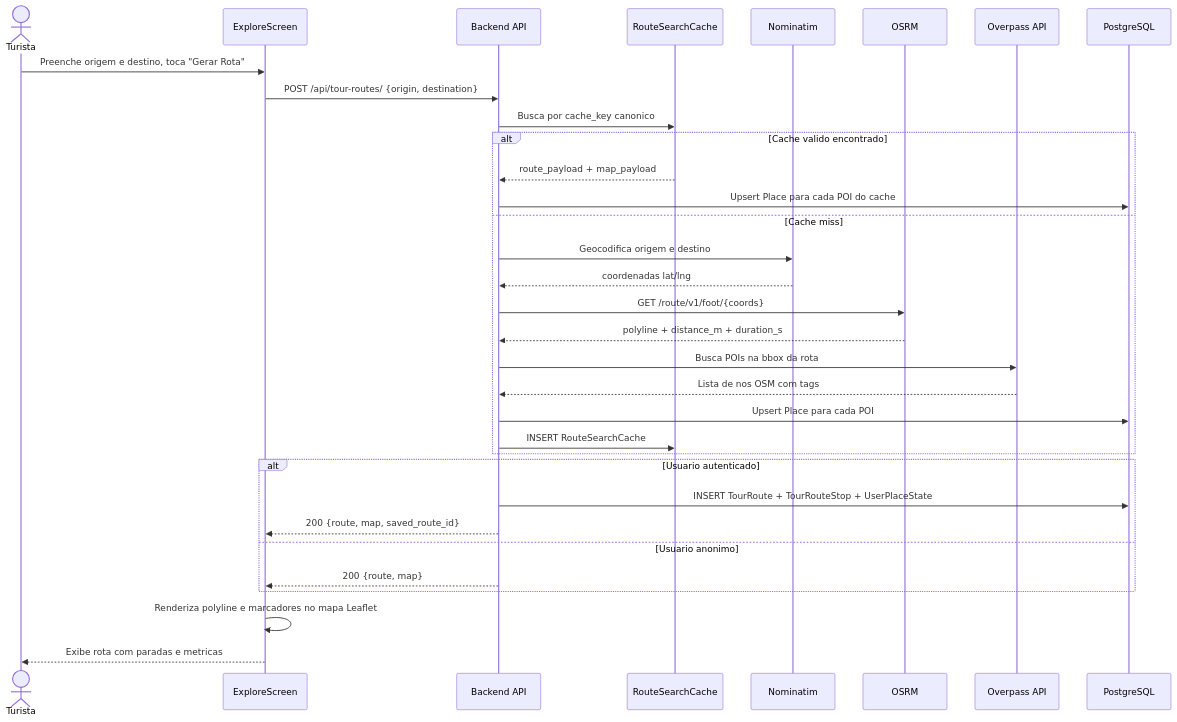
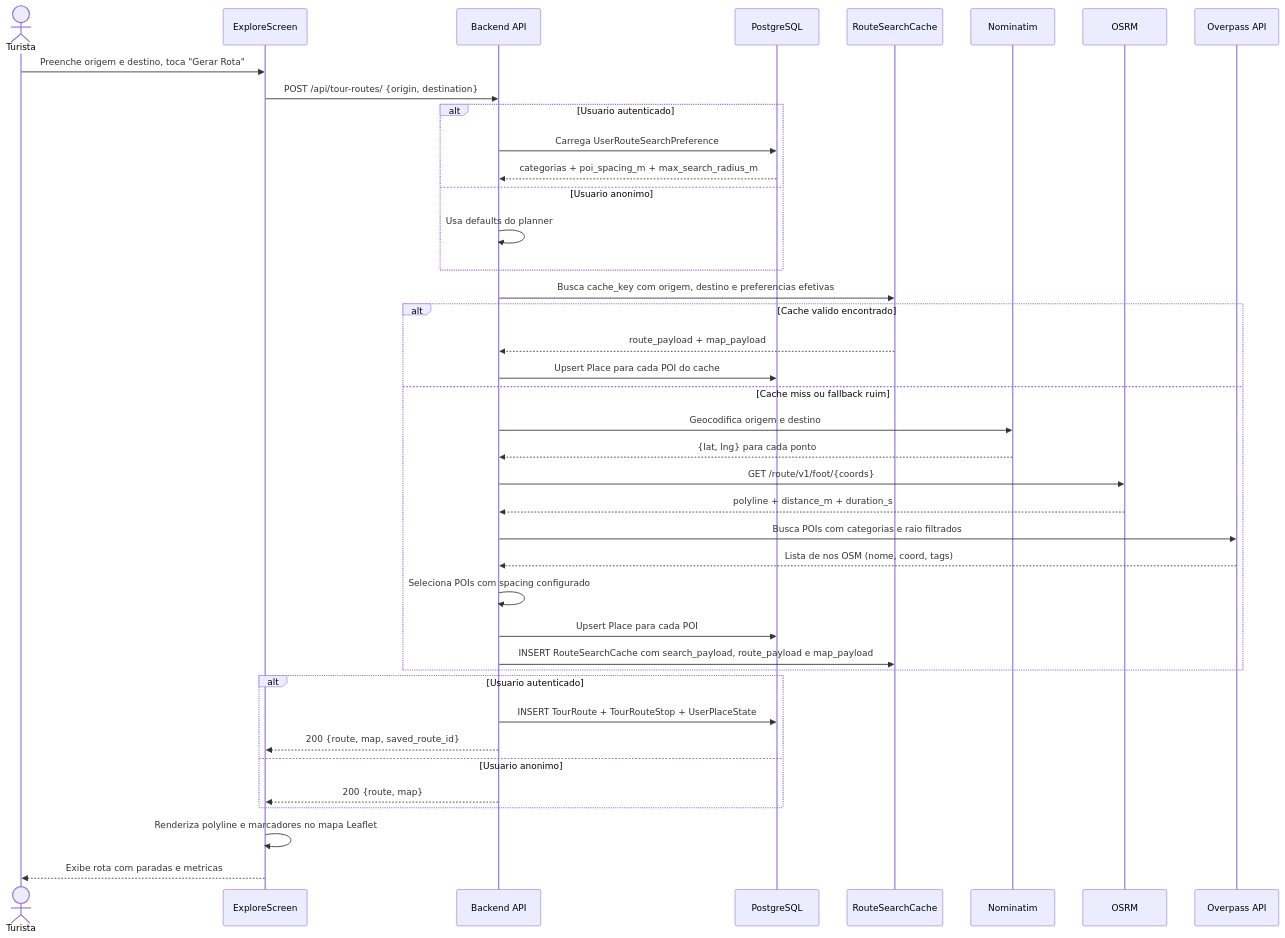
The sixth of 10 diagrams in MODELAGEM.md (EXPLORA-PLUS/explora-plus-docs), drawn with Mermaid before and after one commit. The commit also changed other lines of this file and 14 other files, not shown here.

Commit message:
sync(search-preferences-12): docs document route search preferences

````diff
--- a/MODELAGEM.md
+++ b/MODELAGEM.md
@@ -372,39 +401,47 @@
 ```mermaid
 sequenceDiagram
     actor T as Turista
     participant App as ExploreScreen
     participant API as Backend API
+    participant DB as PostgreSQL
     participant Cache as RouteSearchCache
     participant Nom as Nominatim
     participant OSRM as OSRM
     participant OVP as Overpass API
-    participant DB as PostgreSQL
 
     T->>App: Preenche origem e destino, toca "Gerar Rota"
     App->>API: POST /api/tour-routes/ {origin, destination}
 
-    API->>Cache: Busca por cache_key canonico
+    alt Usuario autenticado
+        API->>DB: Carrega UserRouteSearchPreference
+        DB-->>API: categorias + poi_spacing_m + max_search_radius_m
+    else Usuario anonimo
+        API->>API: Usa defaults do planner
+    end
+
+    API->>Cache: Busca cache_key com origem, destino e preferencias efetivas
     alt Cache valido encontrado
         Cache-->>API: route_payload + map_payload
         API->>DB: Upsert Place para cada POI do cache
-    else Cache miss
+    else Cache miss ou fallback ruim
         API->>Nom: Geocodifica origem e destino
-        Nom-->>API: coordenadas lat/lng
+        Nom-->>API: {lat, lng} para cada ponto
         API->>OSRM: GET /route/v1/foot/{coords}
         OSRM-->>API: polyline + distance_m + duration_s
-        API->>OVP: Busca POIs na bbox da rota
-        OVP-->>API: Lista de nos OSM com tags
+        API->>OVP: Busca POIs com categorias e raio filtrados
+        OVP-->>API: Lista de nos OSM (nome, coord, tags)
+        API->>API: Seleciona POIs com spacing configurado
         API->>DB: Upsert Place para cada POI
-        API->>Cache: INSERT RouteSearchCache
+        API->>Cache: INSERT RouteSearchCache com search_payload, route_payload e map_payload
     end
 
     alt Usuario autenticado
         API->>DB: INSERT TourRoute + TourRouteStop + UserPlaceState
         API-->>App: 200 {route, map, saved_route_id}
     else Usuario anonimo
         API-->>App: 200 {route, map}
     end
 
     App->>App: Renderiza polyline e marcadores no mapa Leaflet
     App-->>T: Exibe rota com paradas e metricas
 ```
````
